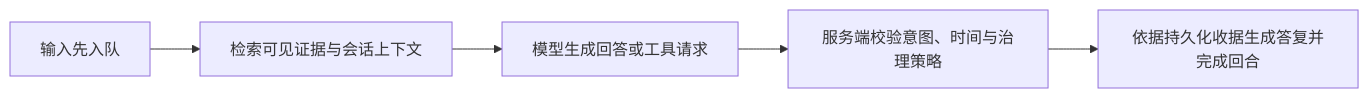
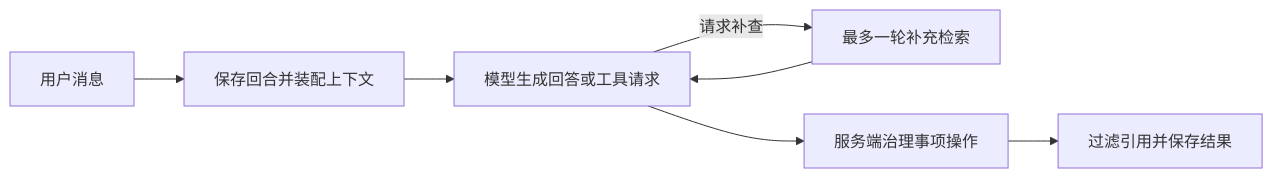
Before and after one commit to lejunyang/omem: the diagram in .repo-review/knowledge/articles/da8ad3f24a297c6e53ca8ea2db6271f676fe567775dacb355ec46e29b00b345a.md, drawn with Mermaid. The commit also changed other lines of this file and 20 other files, not shown here.

````diff
--- a/.repo-review/knowledge/articles/da8ad3f24a297c6e53ca8ea2db6271f676fe567775dacb355ec46e29b00b345a.md
+++ b/.repo-review/knowledge/articles/da8ad3f24a297c6e53ca8ea2db6271f676fe567775dacb355ec46e29b00b345a.md
@@ -19,7 +17,9 @@
 ```mermaid
 flowchart LR
-  A[输入先入队] --> B[检索可见证据与会话上下文]
+  A[用户消息] --> B[保存回合并装配上下文]
   B --> C[模型生成回答或工具请求]
-  C --> D[服务端校验意图、时间与治理策略]
-  D --> E[依据持久化收据生成答复并完成回合]
+  C -->|请求补查| D[最多一轮补充检索]
+  D --> C
+  C --> E[服务端治理事项操作]
+  E --> F[过滤引用并保存结果]
 ```
````
